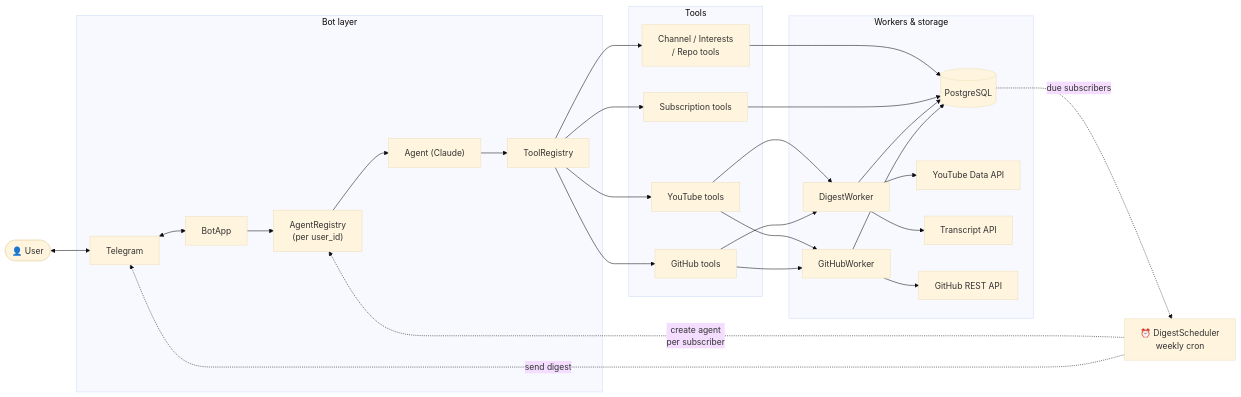
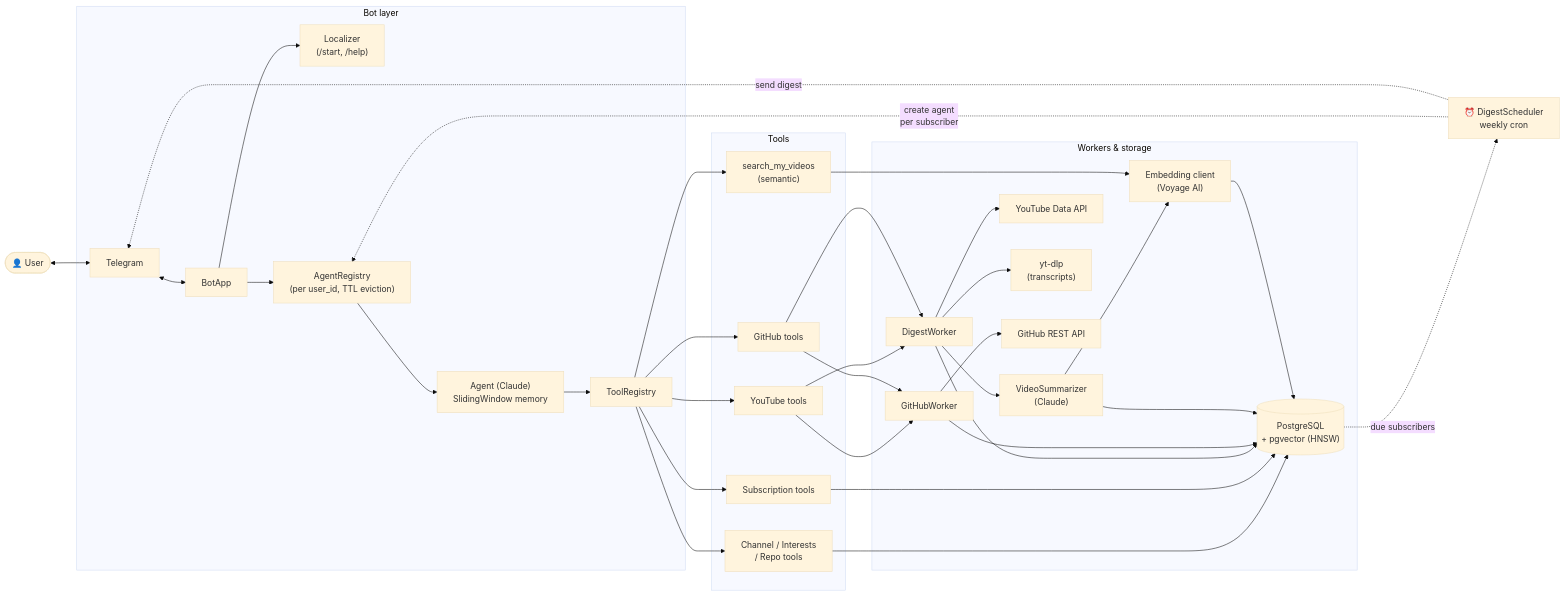
The diagram in README.md (vmedvedevpro/tech-pulse), drawn with Mermaid (base theme) before and after one commit. The commit also changed other lines of this file, not shown here.

First line of the commit message:
Update README with pgvector/Voyage stack, new tools, and landing page

````diff
--- a/README.md
+++ b/README.md
@@ -35,32 +50,37 @@
 ```mermaid
 flowchart LR
     User(["👤 User"]) <--> TG[Telegram]
 
     subgraph bot [Bot layer]
         TG <--> BotApp
-        BotApp --> AR["AgentRegistry\n(per user_id)"]
-        AR --> A["Agent (Claude)"]
+        BotApp --> LOC["Localizer\n(/start, /help)"]
+        BotApp --> AR["AgentRegistry\n(per user_id, TTL eviction)"]
+        AR --> A["Agent (Claude)\nSlidingWindow memory"]
         A --> TR[ToolRegistry]
     end
 
     subgraph tools [Tools]
         TR --> YT[YouTube tools]
         TR --> GH[GitHub tools]
         TR --> MGMT["Channel / Interests\n/ Repo tools"]
         TR --> SUB[Subscription tools]
+        TR --> SRCH["search_my_videos\n(semantic)"]
     end
 
     subgraph workers [Workers & storage]
         YT & GH --> DW[DigestWorker] & GW[GitHubWorker]
-        MGMT & SUB & DW & GW --> PG[(PostgreSQL)]
+        DW --> VS["VideoSummarizer\n(Claude)"]
+        VS --> EMB["Embedding client\n(Voyage AI)"]
+        SRCH --> EMB
+        MGMT & SUB & DW & GW & VS & EMB --> PG[("PostgreSQL\n+ pgvector (HNSW)")]
         DW --> YTAPI[YouTube Data API]
-        DW --> YTTR[Transcript API]
+        DW --> YTTR["yt-dlp\n(transcripts)"]
         GW --> GHAPI[GitHub REST API]
     end
 
     PG -.->|"due subscribers"| DS
     DS -.->|"create agent\nper subscriber"| AR
     DS -.->|"send digest"| TG
 
     DS["⏰ DigestScheduler\nweekly cron"]
 ```
````
